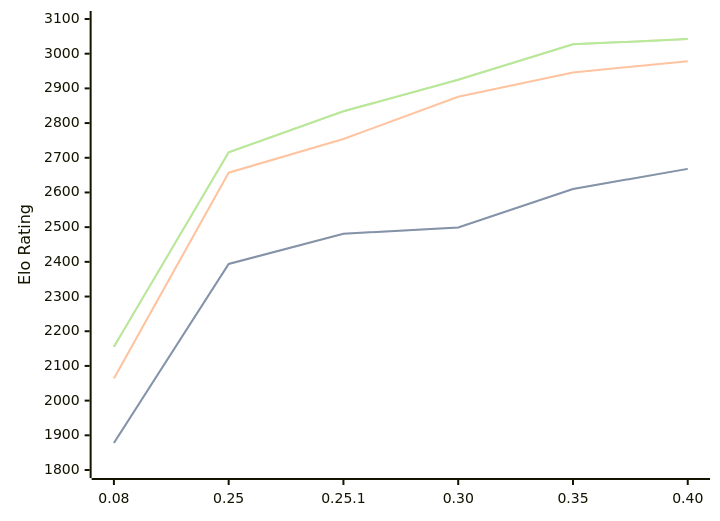
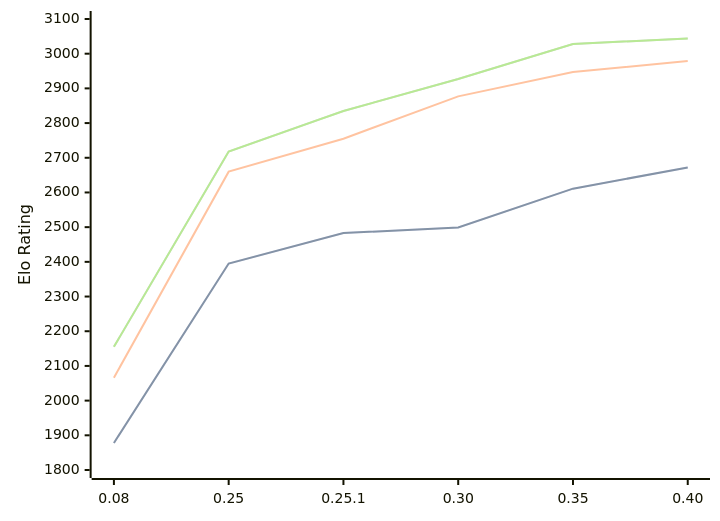
One commit to computer-chess-index/cci changed the diagram in engines/Gecko.md. Above: the diagram before and after it, drawn with Mermaid. The commit also changed other lines of this file, not shown here.

Commit message:
Update CCI Ratings (ELO VLTC) - 2026-09-01

````diff
--- a/engines/Gecko.md
+++ b/engines/Gecko.md
@@ -36,11 +36,11 @@
 ```mermaid
 %%{init: {"theme":"base","themeVariables":{"seriesColors:['#a3a3a3','#222221','#faa371']}}}%%
 xychart-beta
   x-axis ["0.08", "0.25", "0.25.1", "0.30", "0.35", "0.40"]
   y-axis "Elo Rating" 1800 --> 3100
-  line "" [1878, 2394, 2481, 2499, 2610, 2668]
-  line "STC (8.0+0.08s)" [1878, 2394, 2481, 2499, 2610, 2668]
-  line "LTC (60.0+0.60s)" [2064, 2657, 2754, 2876, 2946, 2978]
-  line "" [2155, 2716, 2834, 2925, 3027, 3042]
-  line "VLTC (2m24s+1.12s)" [2155, 2716, 2834, 2925, 3027, 3042]
+  line "" [1878, 2395, 2483, 2499, 2611, 2672]
+  line "STC (8.0+0.08s)" [1878, 2395, 2483, 2499, 2611, 2672]
+  line "LTC (60.0+0.60s)" [2066, 2660, 2755, 2877, 2947, 2979]
+  line "" [2155, 2718, 2835, 2927, 3028, 3044]
+  line "VLTC (2m24s+1.12s)" [2155, 2718, 2835, 2927, 3028, 3044]
 ```
````
